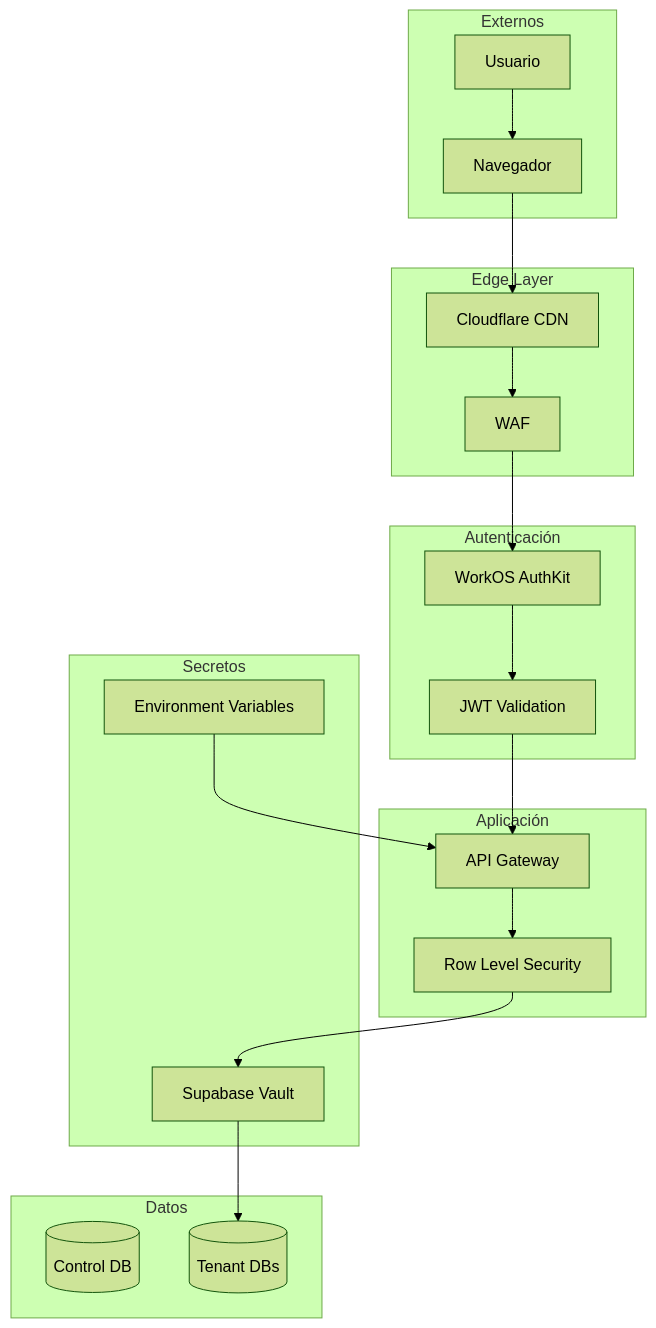
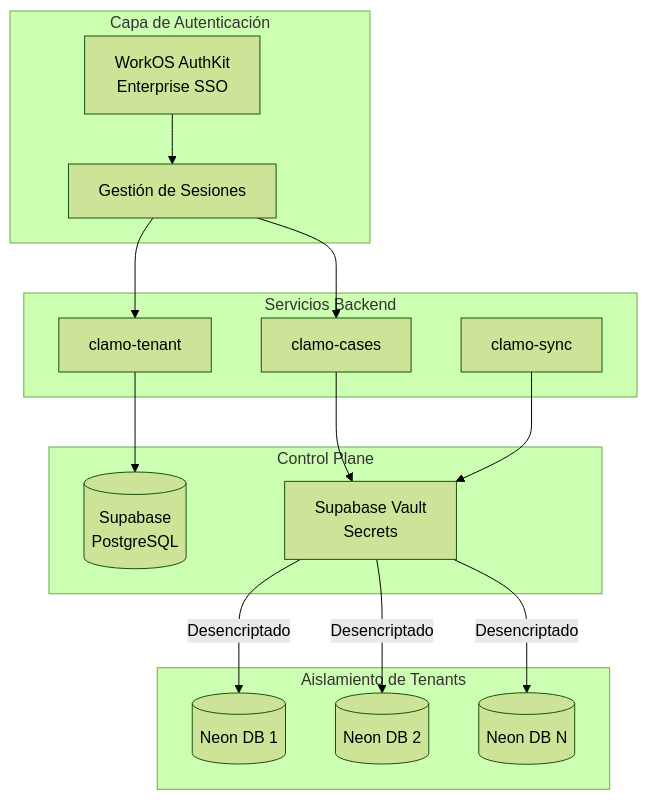
Before and after one commit to GetClamo/docs: the first of 4 diagrams in es/arquitectura/seguridad.mdx, drawn with Mermaid (forest theme). The commit also changed other lines of this file and 33 other files, not shown here.

````diff
--- a/es/arquitectura/seguridad.mdx
+++ b/es/arquitectura/seguridad.mdx
@@ -12,43 +12,36 @@
 ```mermaid
 flowchart TB
-    subgraph External [Externos]
-        User[Usuario]
-        Browser[Navegador]
+    subgraph Auth [Capa de Autenticación]
+        WorkOS[WorkOS AuthKit<br/>Enterprise SSO]
+        Session[Gestión de Sesiones]
     end
     
-    subgraph Edge [Edge Layer]
-        CDN[Cloudflare CDN]
-        WAF[WAF]
+    subgraph Control [Control Plane]
+        Supabase[(Supabase<br/>PostgreSQL)]
+        Vault[Supabase Vault<br/>Secrets]
     end
     
-    subgraph Auth [Autenticación]
-        WorkOS[WorkOS AuthKit]
-        JWT[JWT Validation]
+    subgraph Tenant [Aislamiento de Tenants]
+        Neon1[(Neon DB 1)]
+        Neon2[(Neon DB 2)]
+        NeonN[(Neon DB N)]
     end
     
-    subgraph App [Aplicación]
-        API[API Gateway]
-        RLS[Row Level Security]
+    subgraph Services [Servicios Backend]
+        TenantSvc[clamo-tenant]
+        CasesSvc[clamo-cases]
+        Sync[clamo-sync]
     end
     
-    subgraph Secrets [Secretos]
-        Vault[Supabase Vault]
-        EnvVars[Environment Variables]
-    end
+    WorkOS --> Session
+    Session --> TenantSvc
+    Session --> CasesSvc
     
-    subgraph Data [Datos]
-        Control[(Control DB)]
-        Tenant[(Tenant DBs)]
-    end
+    TenantSvc --> Supabase
+    CasesSvc --> Vault
+    Sync --> Vault
     
-    User --> Browser
-    Browser --> CDN
-    CDN --> WAF
-    WAF --> WorkOS
-    WorkOS --> JWT
-    JWT --> API
-    API --> RLS
-    RLS --> Vault
-    Vault --> Tenant
-    EnvVars --> API
+    Vault -->|Desencriptado| Neon1
+    Vault -->|Desencriptado| Neon2
+    Vault -->|Desencriptado| NeonN
 ```
````
